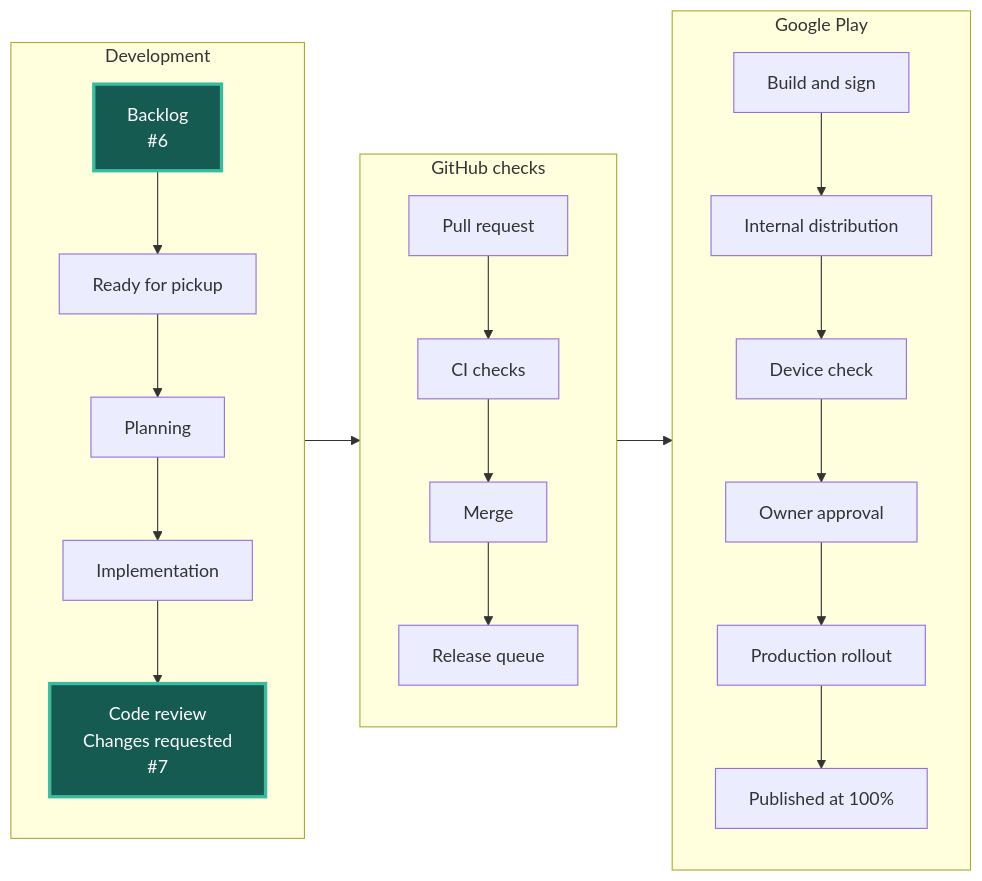
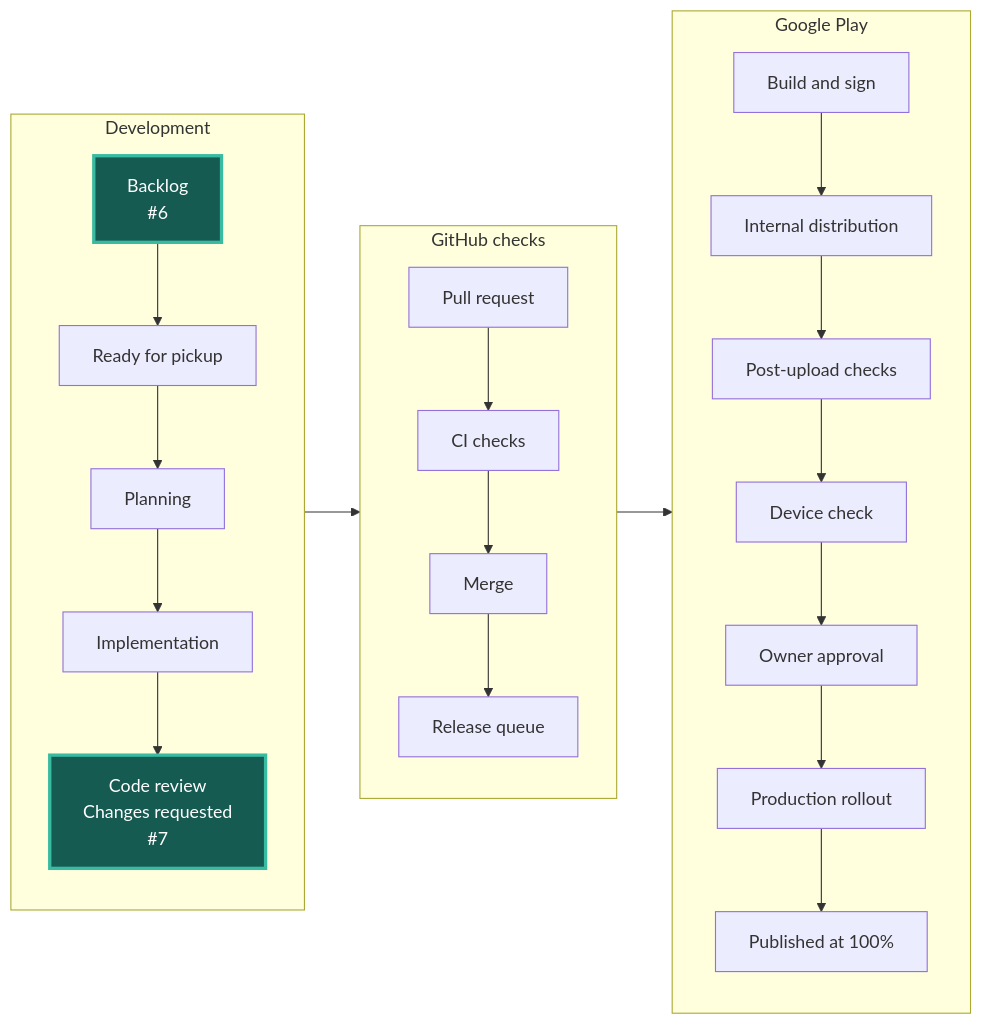
The diagram in STATUS.md (Oziomajnr/ChessTournamentManager), drawn with Mermaid before and after one commit. The commit also changed 1 other file, not shown here.

Commit message:
Refresh issue delivery graph

````diff
--- a/STATUS.md
+++ b/STATUS.md
@@ -5,34 +5,35 @@
 ```mermaid
 flowchart LR
     accTitle: Current issue positions in the delivery workflow
     accDescr: Development flows into GitHub checks and Google Play. Each issue number appears at its current step.
     subgraph development["Development"]
         direction TB
         backlog["Backlog<br/>#6"]:::occupied
         ready["Ready for pickup"]
         plan["Planning"]
         code["Implementation"]
         review["Code review<br/>Changes requested<br/>#7"]:::occupied
         backlog --> ready --> plan --> code --> review
     end
     subgraph integration["GitHub checks"]
         direction TB
         pull["Pull request"]
         ci["CI checks"]
         merge["Merge"]
         queue["Release queue"]
         pull --> ci --> merge --> queue
     end
     subgraph distribution["Google Play"]
         direction TB
         build["Build and sign"]
         internal["Internal distribution"]
+        reports["Post-upload checks"]
         device["Device check"]
         approval["Owner approval"]
         rollout["Production rollout"]
         published["Published at 100%"]
-        build --> internal --> device --> approval --> rollout --> published
+        build --> internal --> reports --> device --> approval --> rollout --> published
     end
     development --> integration --> distribution
     classDef occupied fill:#165b51,color:#ffffff,stroke:#38bba0,stroke-width:3px
 ```
````
